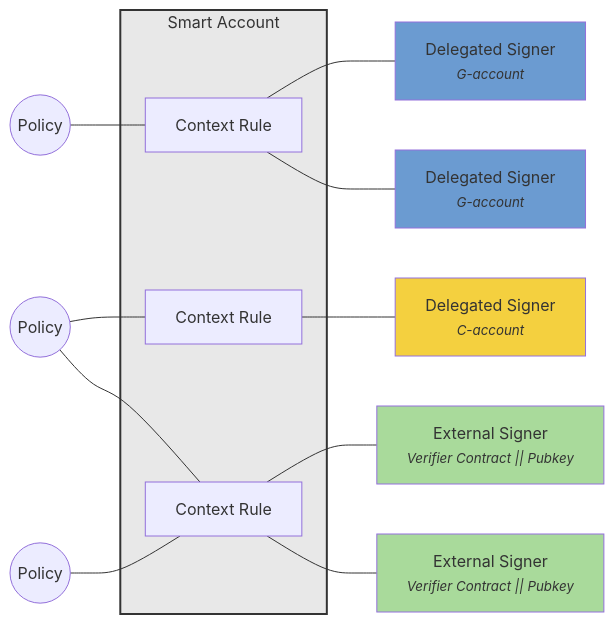
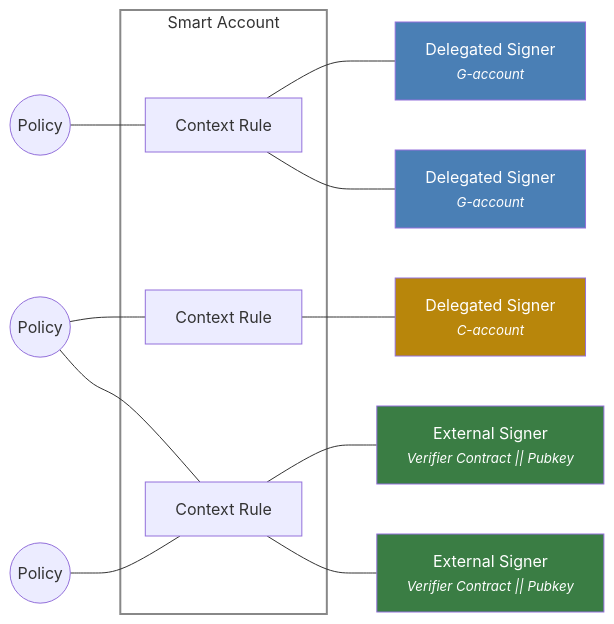
One commit to OpenZeppelin/docs changed the diagram in content/stellar-contracts/accounts/smart-account.mdx. Above: the diagram before and after it, drawn with Mermaid. The commit also changed other lines of this file and 2 other files, not shown here.

Commit message:
mermaid colors and content

````diff
--- a/content/stellar-contracts/accounts/smart-account.mdx
+++ b/content/stellar-contracts/accounts/smart-account.mdx
@@ -25,32 +25,32 @@
 ```mermaid
 graph LR
     P1((Policy)) --- CR1
     P2((Policy)) --- CR2
     P2((Policy)) --- CR3
     P3((Policy)) --- CR3
 
     subgraph SA[Smart Account]
         CR1[Context Rule]
         CR2[Context Rule]
         CR3[Context Rule]
     end
 
     S1["Delegated Signer<br/><i><small>G-account</small></i>"]
     S2["Delegated Signer<br/><i><small>G-account</small></i>"]
     S3["Delegated Signer<br/><i><small>C-account</small></i>"]
     S4["External Signer<br/><i><small>Verifier Contract || Pubkey</small></i>"]
     S5["External Signer<br/><i><small>Verifier Contract || Pubkey</small></i>"]
 
     CR1 --- S1
     CR1 --- S2
     CR2 --- S3
     CR3 --- S4
     CR3 --- S5
 
-    style SA fill:#E8E8E8,stroke:#333,stroke-width:2px
-    style S1 fill:#6B9BD1
-    style S2 fill:#6B9BD1
-    style S3 fill:#F4D03F
-    style S4 fill:#A9DA9B
-    style S5 fill:#A9DA9B
+    style SA fill:transparent,stroke:#888,stroke-width:2px
+    style S1 fill:#4A7FB5,color:#fff
+    style S2 fill:#4A7FB5,color:#fff
+    style S3 fill:#B8860B,color:#fff
+    style S4 fill:#3A7D44,color:#fff
+    style S5 fill:#3A7D44,color:#fff
 ```
````
